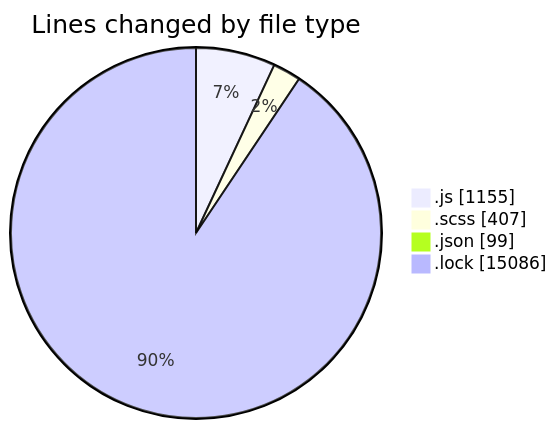
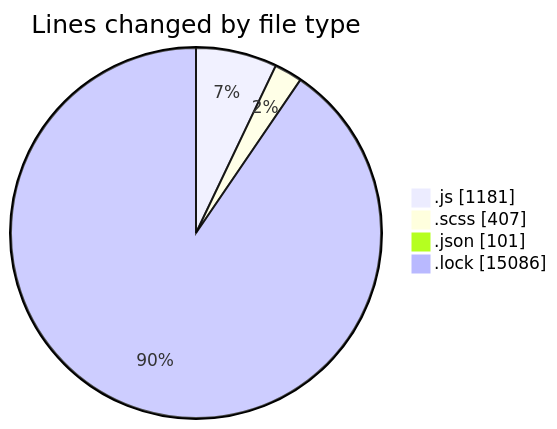
The first of 2 diagrams in 2026-01-05/cda/README.md (momahboobian/code-tracking), drawn with Mermaid before and after one commit. The commit also changed other lines of this file and 1 other file, not shown here.

````diff
--- a/2026-01-05/cda/README.md
+++ b/2026-01-05/cda/README.md
@@ -32,8 +32,8 @@
 ```mermaid
 pie showData
 title Lines changed by file type
-".js" : 1155
+".js" : 1181
 ".scss" : 407
-".json" : 99
+".json" : 101
 ".lock" : 15086
 ```
````
